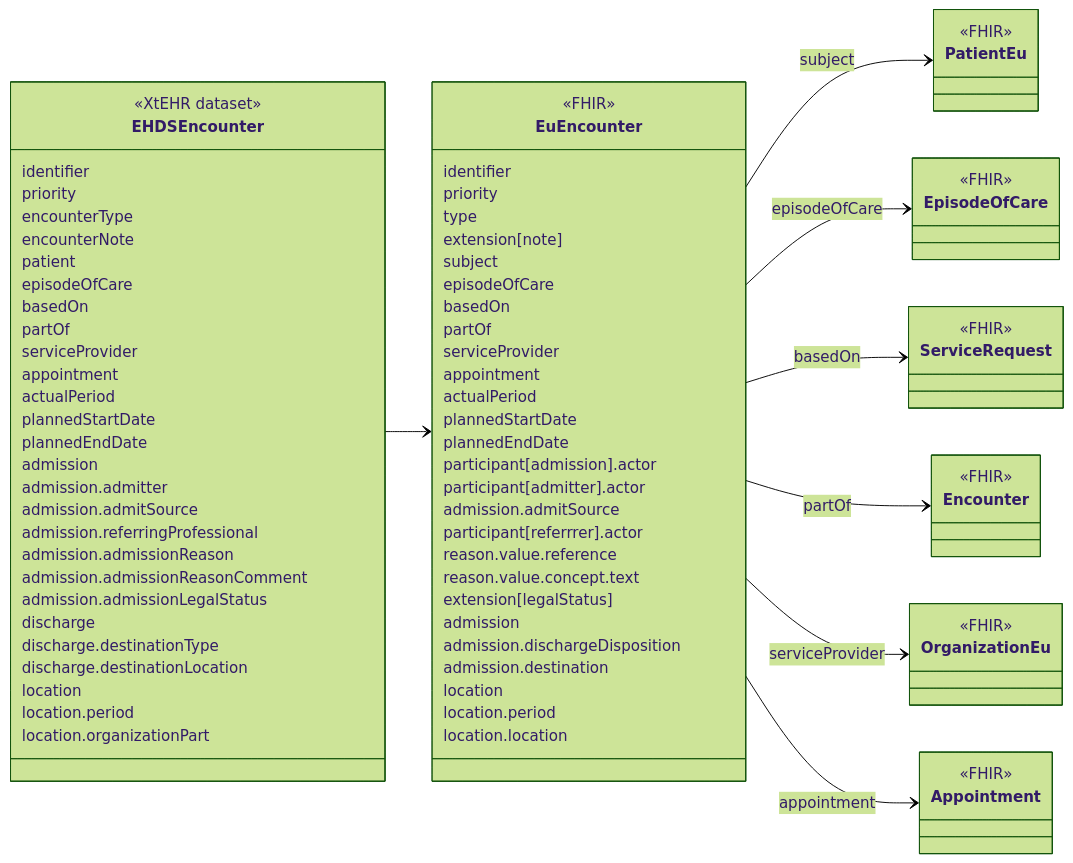
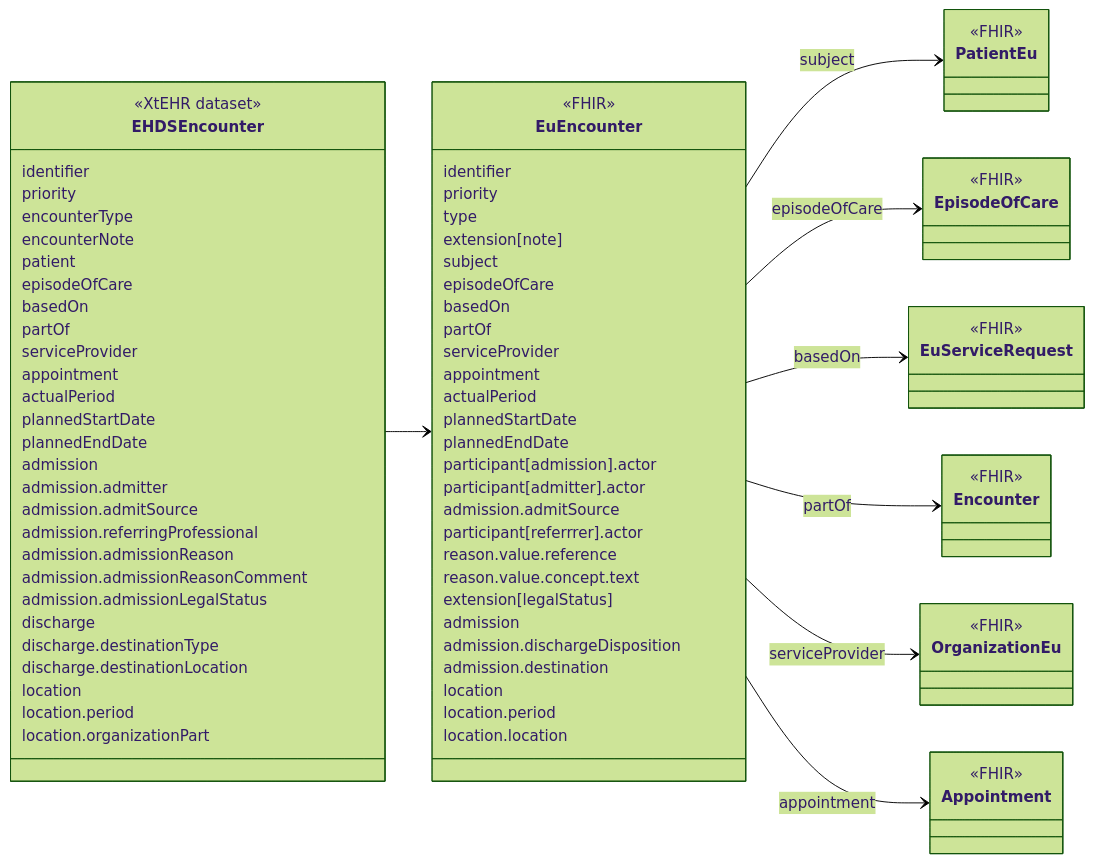
The diagram in input/intro-notes/ConceptMap-EHDSEncounterMap-intro.md (oijauregui/ehdsimaging), drawn with Mermaid (forest theme) before and after one commit. The commit also changed 85 other files, not shown here.

```diff
--- a/input/intro-notes/ConceptMap-EHDSEncounterMap-intro.md
+++ b/input/intro-notes/ConceptMap-EHDSEncounterMap-intro.md
@@ -71,7 +71,7 @@
 class EpisodeOfCare {
   <<FHIR>>
 }
-class ServiceRequest {
+class EuServiceRequest {
   <<FHIR>>
 }
 class Encounter {
@@ -86,7 +86,7 @@
 EHDSEncounter --> EuEncounter
 EuEncounter --> PatientEu : subject
 EuEncounter --> EpisodeOfCare : episodeOfCare
-EuEncounter --> ServiceRequest : basedOn
+EuEncounter --> EuServiceRequest : basedOn
 EuEncounter --> Encounter : partOf
 EuEncounter --> OrganizationEu : serviceProvider
 EuEncounter --> Appointment : appointment
```
